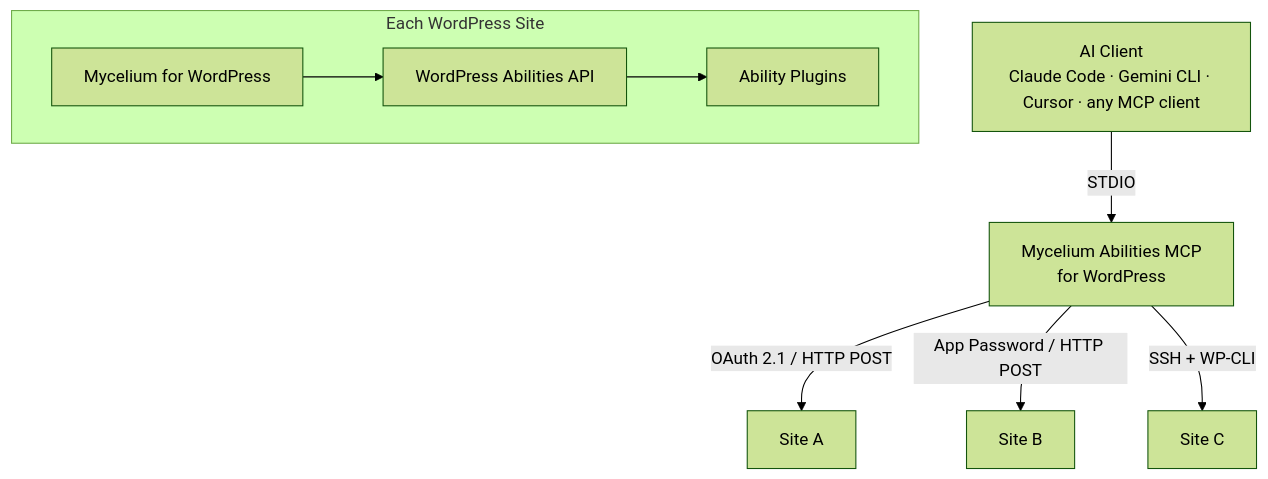
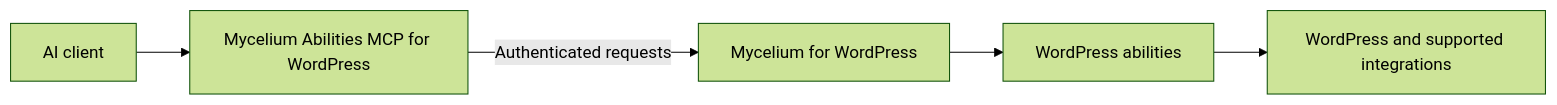
Before and after one commit to Wicked-Evolutions/abilities-mcp: the diagram in README.md, drawn with Mermaid (forest theme). The commit also changed other lines of this file, not shown here.

Commit message:
docs: apply accepted bridge README draft

````diff
--- a/README.md
+++ b/README.md
@@ -471,12 +544,7 @@
 ```mermaid
-graph TD
-    Client[AI Client<br/>Claude Code · Gemini CLI · Cursor · any MCP client] -->|STDIO| Bridge[Mycelium Abilities MCP<br/>for WordPress]
-    Bridge -->|OAuth 2.1 / HTTP POST| SiteA[Site A]
-    Bridge -->|App Password / HTTP POST| SiteB[Site B]
-    Bridge -->|SSH + WP-CLI| SiteC[Site C]
-
-    subgraph "Each WordPress Site"
-        Mycelium[Mycelium for WordPress] --> AbilitiesAPI[WordPress Abilities API]
-        AbilitiesAPI --> Plugins[Ability Plugins]
-    end
+flowchart LR
+    AI[AI client] --> Bridge[Mycelium Abilities MCP for WordPress]
+    Bridge -->|Authenticated requests| Mycelium[Mycelium for WordPress]
+    Mycelium --> Abilities[WordPress abilities]
+    Abilities --> WP[WordPress and supported integrations]
 ```
````
